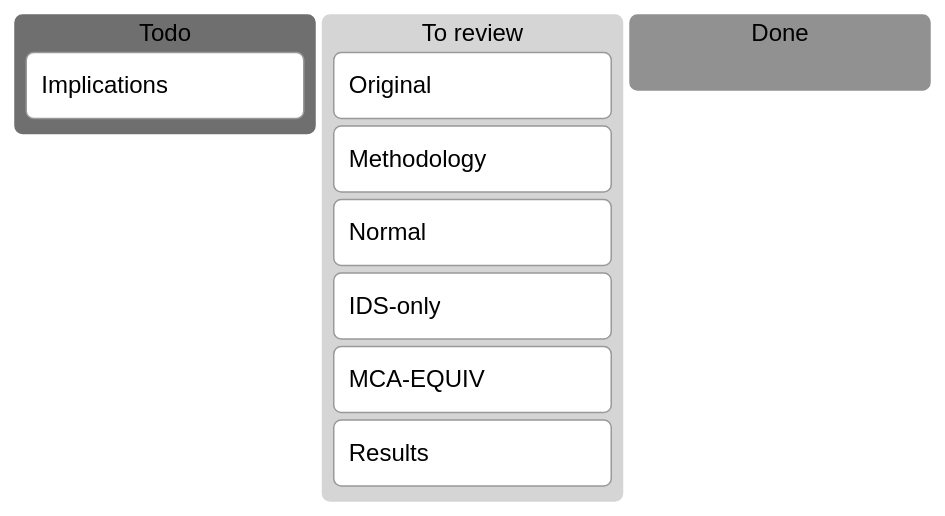
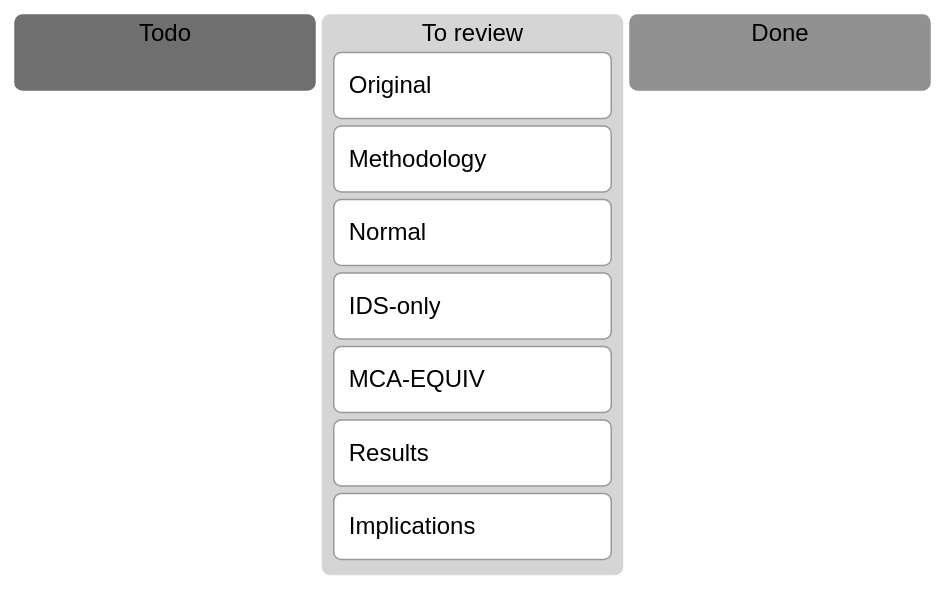
The second of 3 diagrams in README.md (onlyidev/bachelor.thesis), drawn with Mermaid (neutral theme) before and after one commit. The commit also changed 2 other files, not shown here.

Commit message:
feat(results): Finalize implications

````diff
--- a/README.md
+++ b/README.md
@@ -16,15 +16,15 @@
 ```mermaid
 kanban
 todo["Todo"]
- Implications
 
 review["To review"]
  Original
  Methodology
  Normal
  IDS-only
-
  MCA-EQUIV
  Results
+ Implications
+ 
 done["Done"]
 ```
````
